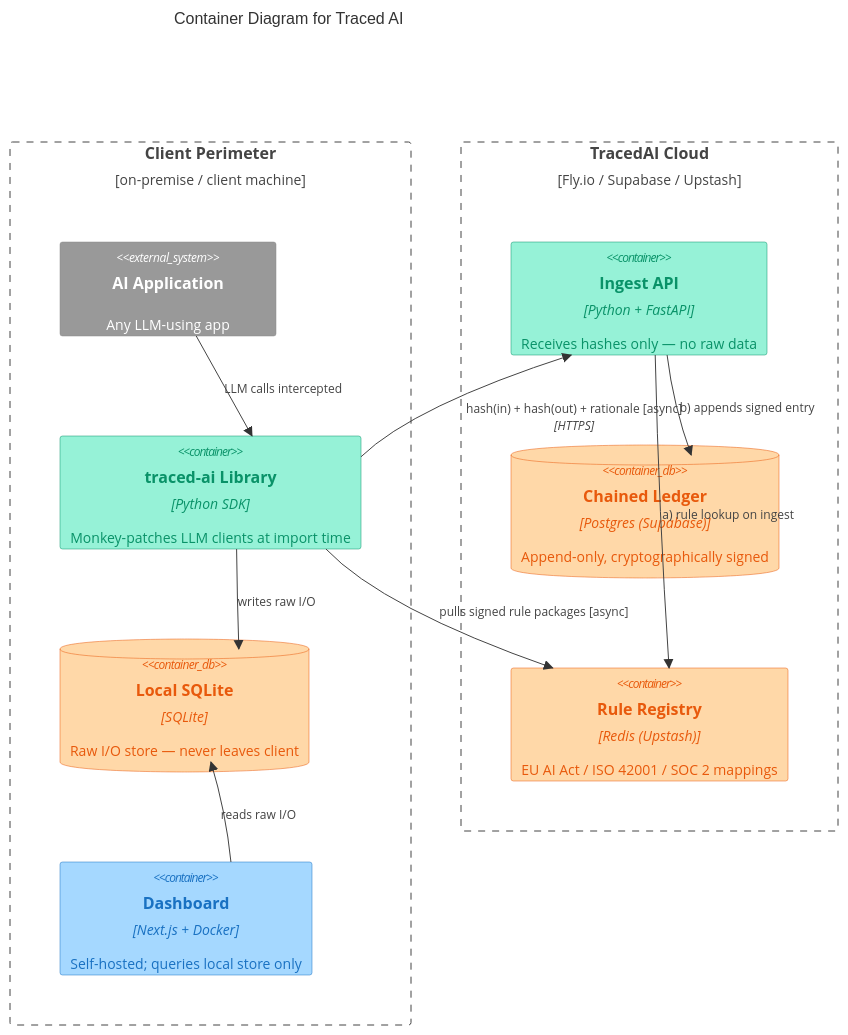
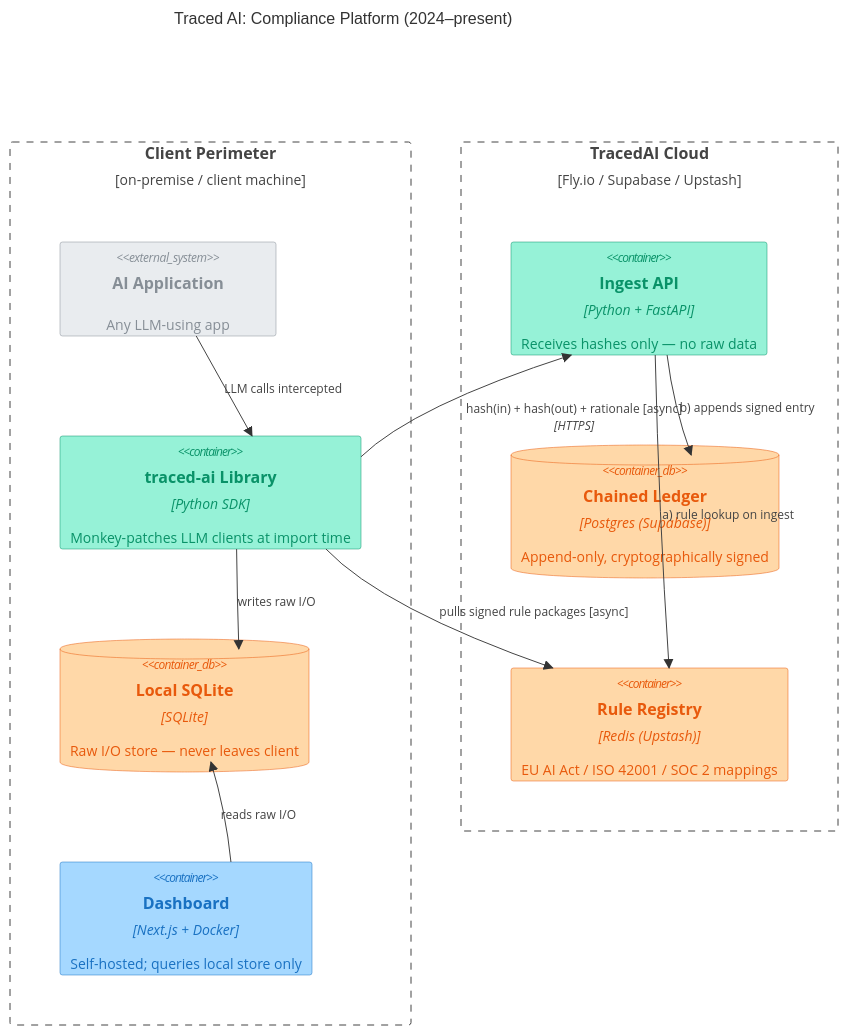
Before and after one commit to cmin764/portfolio: the diagram in src/diagrams/traced-ai.md, drawn with Mermaid. The commit also changed other lines of this file and 23 other files, not shown here.

First line of the commit message:
OSS diagrams: C4 architecture diagrams for all portfolio projects (#5)

````diff
--- a/src/diagrams/traced-ai.md
+++ b/src/diagrams/traced-ai.md
@@ -10,34 +10,35 @@
 ```mermaid
 C4Container
-  title Container Diagram for Traced AI
+  title Traced AI: Compliance Platform (2024–present)
 
   Boundary(client, "Client Perimeter", "on-premise / client machine") {
     System_Ext(aiapp, "AI Application", "Any LLM-using app")
     Container(lib, "traced-ai Library", "Python SDK", "Monkey-patches LLM clients at import time")
     ContainerDb(sqlite, "Local SQLite", "SQLite", "Raw I/O store — never leaves client")
     Container(dash, "Dashboard", "Next.js + Docker", "Self-hosted; queries local store only")
   }
 
   Boundary(cloud, "TracedAI Cloud", "Fly.io / Supabase / Upstash") {
     Container(ingest, "Ingest API", "Python + FastAPI", "Receives hashes only — no raw data")
     ContainerDb(ledger, "Chained Ledger", "Postgres (Supabase)", "Append-only, cryptographically signed")
     Container(rules, "Rule Registry", "Redis (Upstash)", "EU AI Act / ISO 42001 / SOC 2 mappings")
   }
 
   Rel(aiapp, lib, "LLM calls intercepted")
   Rel(lib, sqlite, "writes raw I/O")
   Rel(lib, ingest, "hash(in) + hash(out) + rationale [async]", "HTTPS")
   Rel(ingest, rules, "a) rule lookup on ingest")
   Rel(ingest, ledger, "b) appends signed entry")
   Rel(lib, rules, "pulls signed rule packages [async]")
   Rel(dash, sqlite, "reads raw I/O")
 
   UpdateLayoutConfig($c4ShapeInRow="4", $c4BoundaryInRow="2")
 
   UpdateElementStyle(lib, $fontColor="#099268", $bgColor="#96f2d7", $borderColor="#099268")
   UpdateElementStyle(dash, $fontColor="#1971c2", $bgColor="#a5d8ff", $borderColor="#1971c2")
   UpdateElementStyle(sqlite, $fontColor="#e8590c", $bgColor="#ffd8a8", $borderColor="#e8590c")
   UpdateElementStyle(ingest, $fontColor="#099268", $bgColor="#96f2d7", $borderColor="#099268")
   UpdateElementStyle(ledger, $fontColor="#e8590c", $bgColor="#ffd8a8", $borderColor="#e8590c")
   UpdateElementStyle(rules, $fontColor="#e8590c", $bgColor="#ffd8a8", $borderColor="#e8590c")
+  UpdateElementStyle(aiapp, $bgColor="#e9ecef", $borderColor="#868e96", $fontColor="#868e96")
 ```
````
